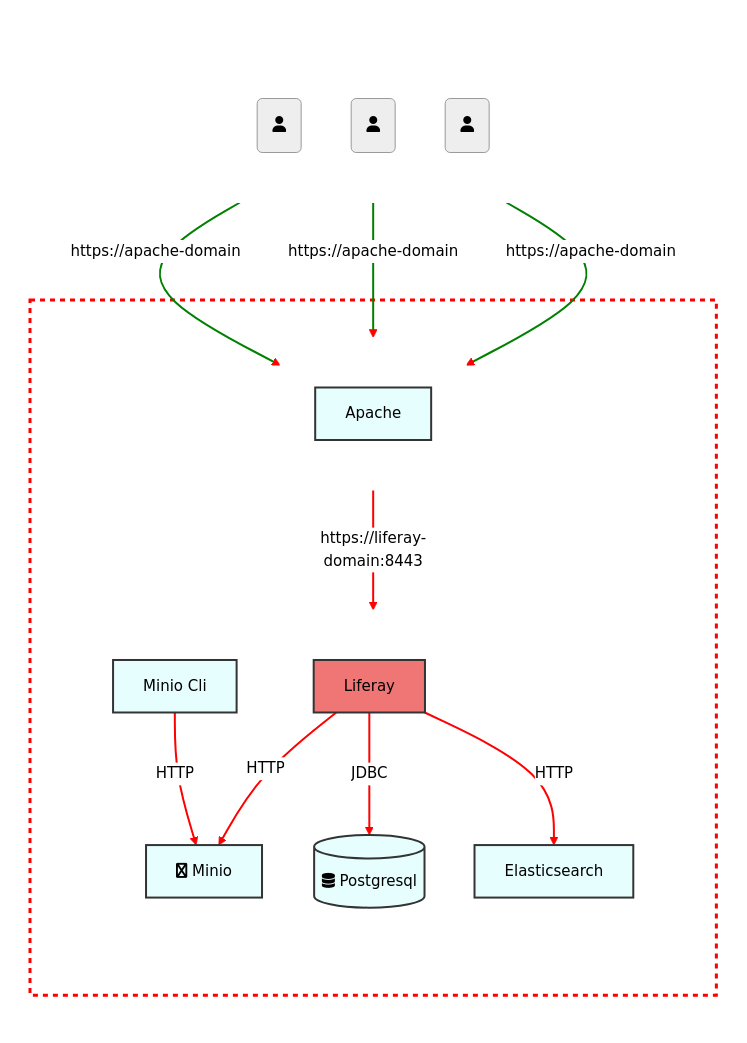
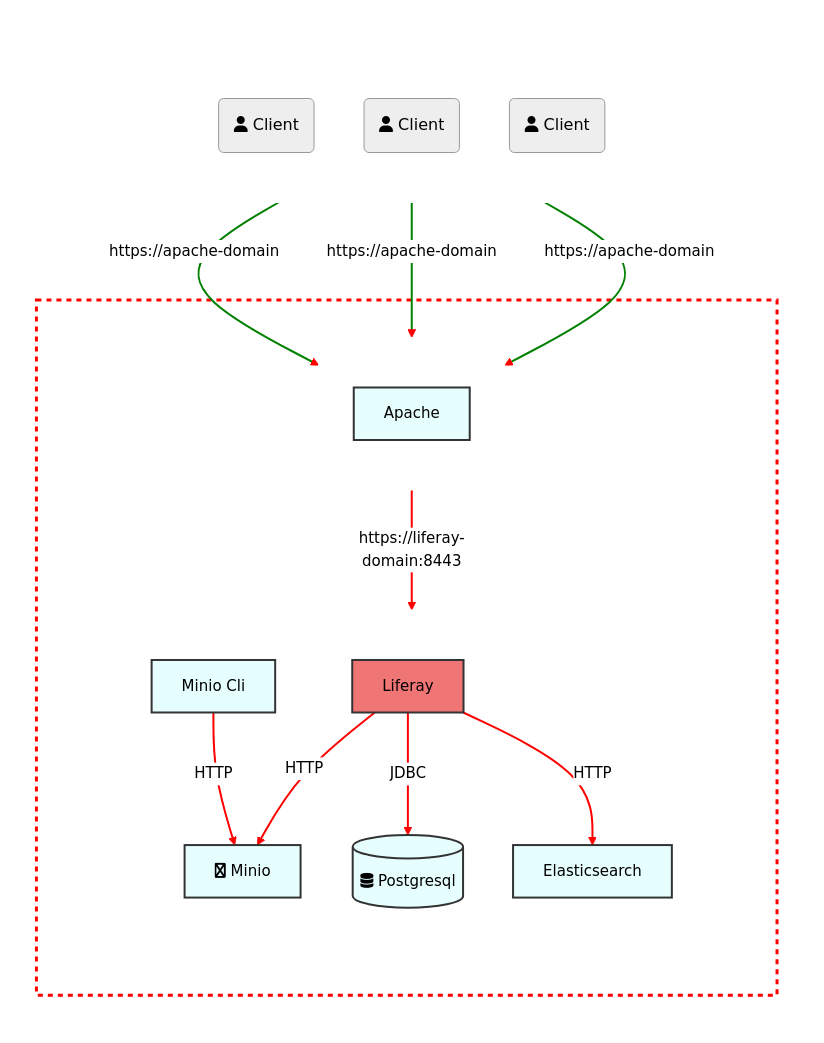
Before and after one commit to ThierryTouin/liferay-build-image: the diagram in README.md, drawn with Mermaid (neutral theme).

Commit message:
add schema

````diff
--- a/README.md
+++ b/README.md
@@ -6,56 +6,56 @@
 ```mermaid
 flowchart TB
 %% Nodes
   subgraph G [" "]
     direction TB
     subgraph CLIENT [" "]
       direction TB
-      C1(fa:fa-user) 
-      C2(fa:fa-user) 
-      C3(fa:fa-user) 
+      C1(fa:fa-user Client) 
+      C2(fa:fa-user Client) 
+      C3(fa:fa-user Client) 
     end
     subgraph DOCKER [" "]
       subgraph FRONT [" "]
         direction TB
         A1["Apache"] 
       end
       subgraph BACK [" "]
         direction TB
         LFR1["Liferay"] 
         BD[(fa:fa-database Postgresql)] 
         EL["Elasticsearch"]
         S3[fa:fa-bitbucket Minio] 
         S3CLI["Minio Cli"] 
       end
     end
 	end
 	
 %% Links
    C1 --> |"https://apache-domain"| A1
    C2 --> |"https://apache-domain"| A1
    C3 --> |"https://apache-domain"| A1
    A1 --> |"https://liferay-domain:8443"| LFR1
    LFR1 --> |"HTTP"| S3
    LFR1 --> |"JDBC"| BD
    LFR1 --> |"HTTP"| EL
    S3CLI --> |"HTTP"| S3
 
    
    
 %% Defining node styles
    linkStyle default stroke-width:2px,fill:none,stroke:red,font-size:15px;
    linkStyle 0,1,2 stroke-width:2px,fill:none,stroke:green,font-size:15px;
    classDef styleInvisible fill:white,stroke:white;
    classDef styleModule fill:#e7feff,stroke:#333,stroke-width:2px,font-size:15px;
    classDef styleImportant fill:#F07575,stroke:#333,stroke-width:2px;
-   classDef styleREdDash fill:white,stroke:red,stroke-width:3px,stroke-dasharray: 5, 5;
+   classDef styleREdDash fill:white,stroke:red,stroke-width:3px,stroke-dasharray: 5, 5,padding-left:5em;
 
 	  
 %% Assigning styles to nodes
    class A1,LFR1,BD,EL,S3,S3CLI styleModule;
    class LFR1 styleImportant;
    class DOCKER styleREdDash;
    class G,CLIENT,FRONT,BACK styleInvisible;
 	
 
 ```
````
